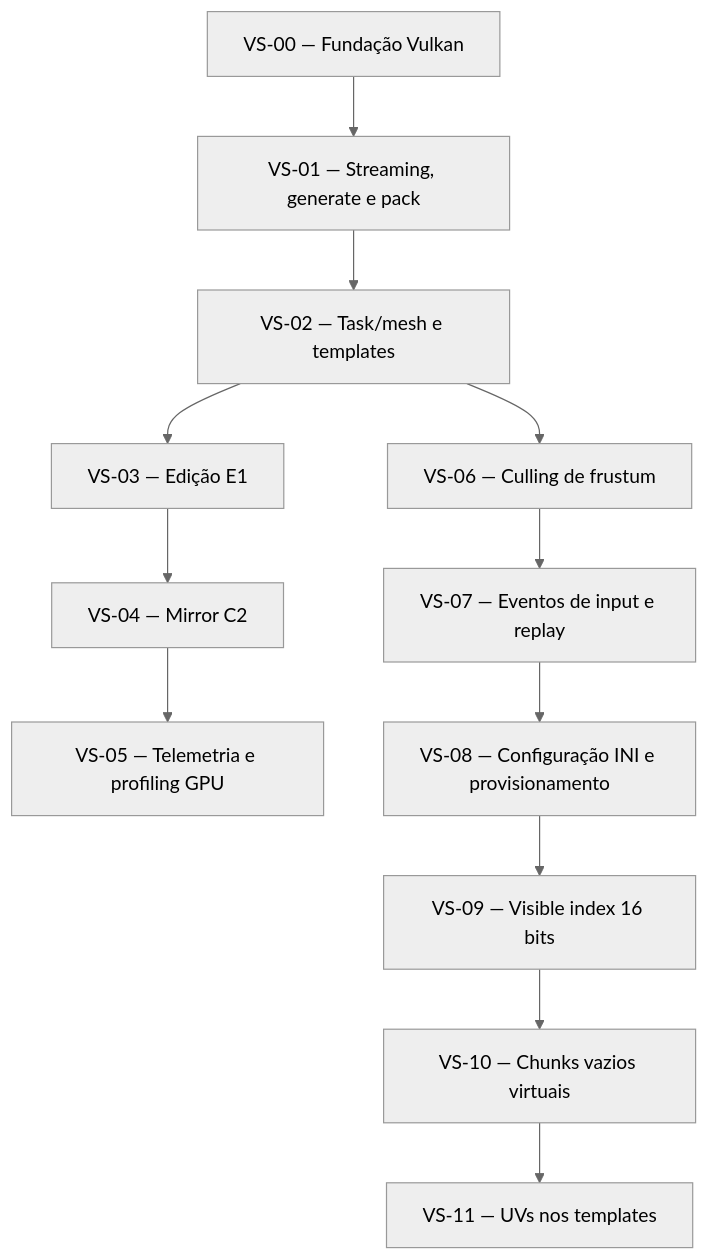
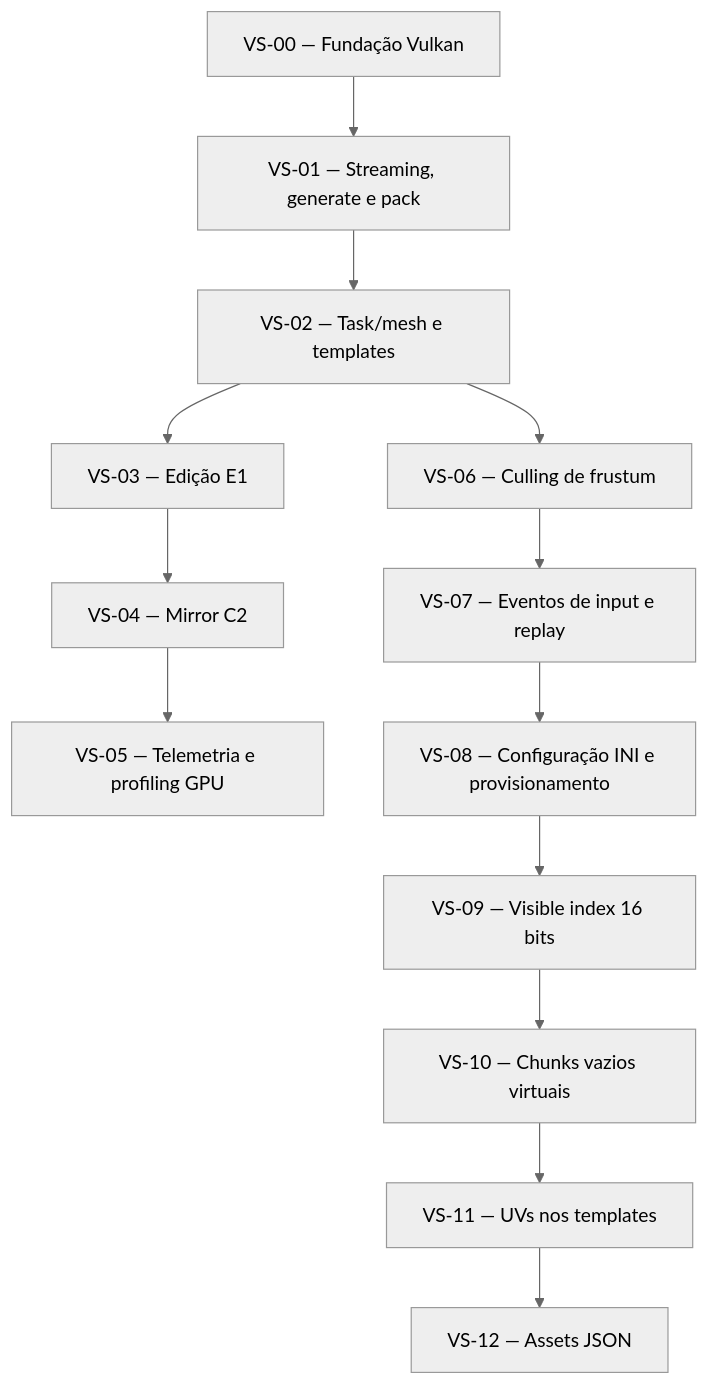
One commit to Ruannilton/vox changed the diagram in docs/obsidian/tracking/dependencias.md. Above: the diagram before and after it, drawn with Mermaid (neutral theme). The commit also changed other lines of this file and 20 other files, not shown here.

First line of the commit message:
VS-12: assets data-driven via JSON

````diff
--- a/docs/obsidian/tracking/dependencias.md
+++ b/docs/obsidian/tracking/dependencias.md
@@ -7,27 +7,29 @@
 ```mermaid
 graph TD
     VS00[VS-00 — Fundação Vulkan]
     VS01[VS-01 — Streaming, generate e pack]
     VS02[VS-02 — Task/mesh e templates]
     VS03[VS-03 — Edição E1]
     VS04[VS-04 — Mirror C2]
     VS05[VS-05 — Telemetria e profiling GPU]
     VS06[VS-06 — Culling de frustum]
     VS07[VS-07 — Eventos de input e replay]
     VS08[VS-08 — Configuração INI e provisionamento]
     VS09[VS-09 — Visible index 16 bits]
     VS10[VS-10 — Chunks vazios virtuais]
     VS11[VS-11 — UVs nos templates]
+    VS12[VS-12 — Assets JSON]
 
     VS00 --> VS01
     VS01 --> VS02
     VS02 --> VS03
     VS03 --> VS04
     VS04 --> VS05
     VS02 --> VS06
     VS06 --> VS07
     VS07 --> VS08
     VS08 --> VS09
     VS09 --> VS10
     VS10 --> VS11
+    VS11 --> VS12
 ```
````
